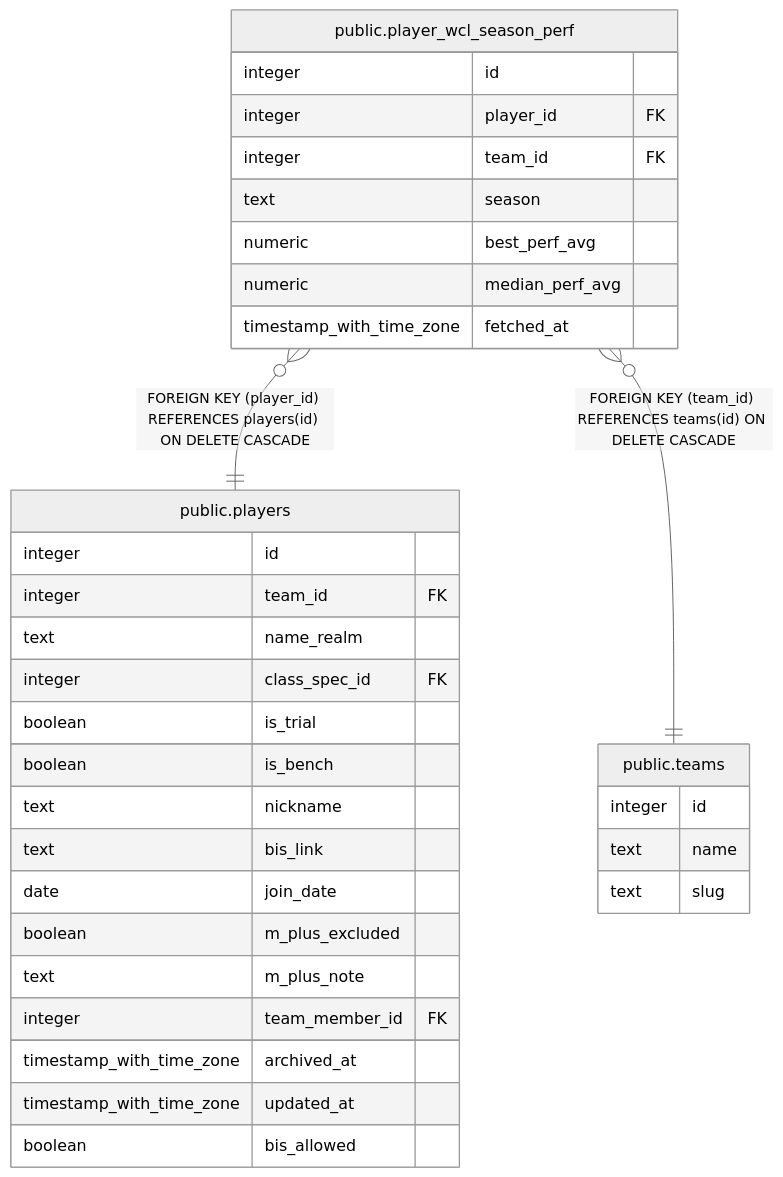
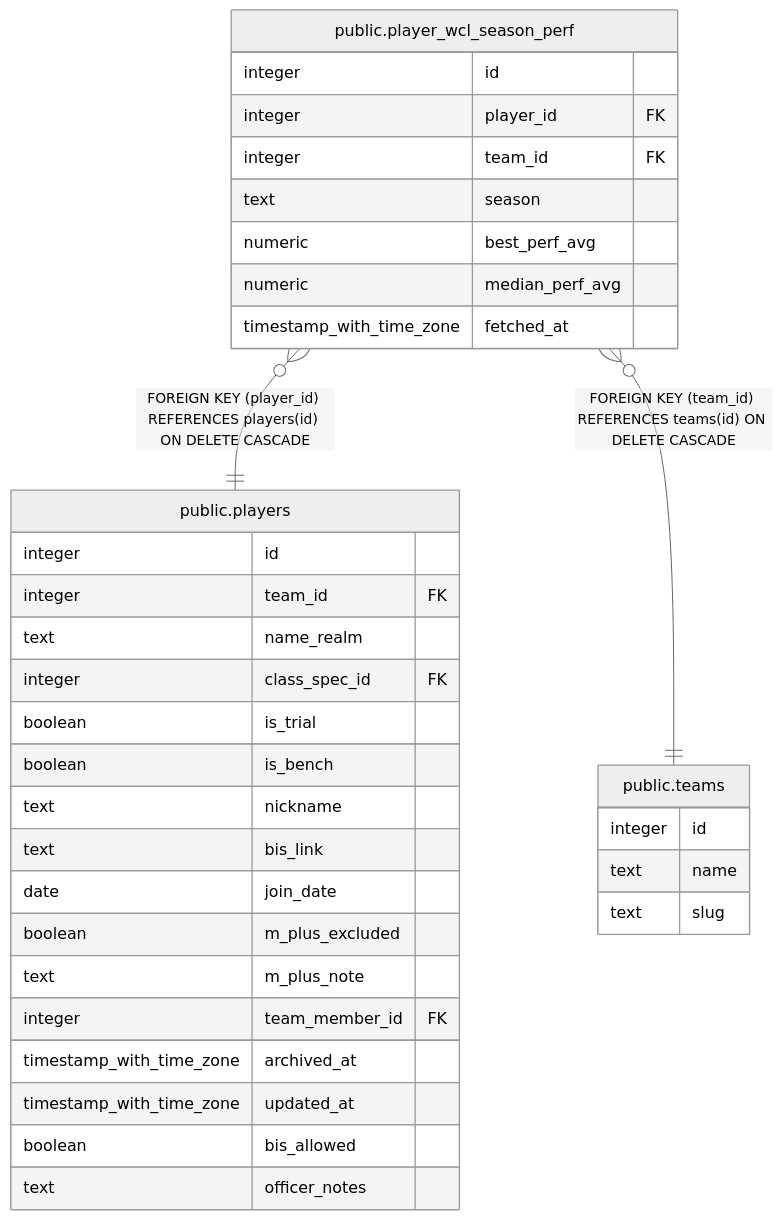
Before and after one commit to katogaming88/WGA-Raid-Hub: the diagram in dbdoc/public.player_wcl_season_perf.md, drawn with Mermaid (neutral theme). The commit also changed 25 other files, not shown here.

First line of the commit message:
fix: wire player rename and officer notes to Supabase (#407) (#418)

````diff
--- a/dbdoc/public.player_wcl_season_perf.md
+++ b/dbdoc/public.player_wcl_season_perf.md
@@ -33,38 +33,39 @@
 ```mermaid
 erDiagram
 
 "public.player_wcl_season_perf" }o--|| "public.players" : "FOREIGN KEY (player_id) REFERENCES players(id) ON DELETE CASCADE"
 "public.player_wcl_season_perf" }o--|| "public.teams" : "FOREIGN KEY (team_id) REFERENCES teams(id) ON DELETE CASCADE"
 
 "public.player_wcl_season_perf" {
   integer id
   integer player_id FK
   integer team_id FK
   text season
   numeric best_perf_avg
   numeric median_perf_avg
   timestamp_with_time_zone fetched_at
 }
 "public.players" {
   integer id
   integer team_id FK
   text name_realm
   integer class_spec_id FK
   boolean is_trial
   boolean is_bench
   text nickname
   text bis_link
   date join_date
   boolean m_plus_excluded
   text m_plus_note
   integer team_member_id FK
   timestamp_with_time_zone archived_at
   timestamp_with_time_zone updated_at
   boolean bis_allowed
+  text officer_notes
 }
 "public.teams" {
   integer id
   text name
   text slug
 }
 ```
````
